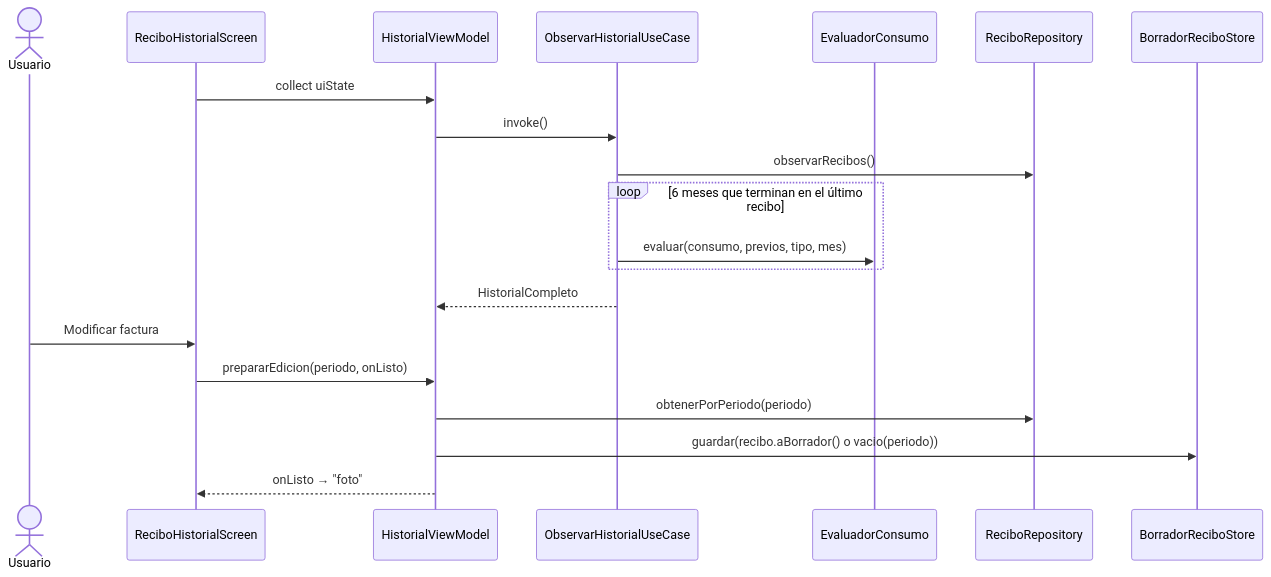
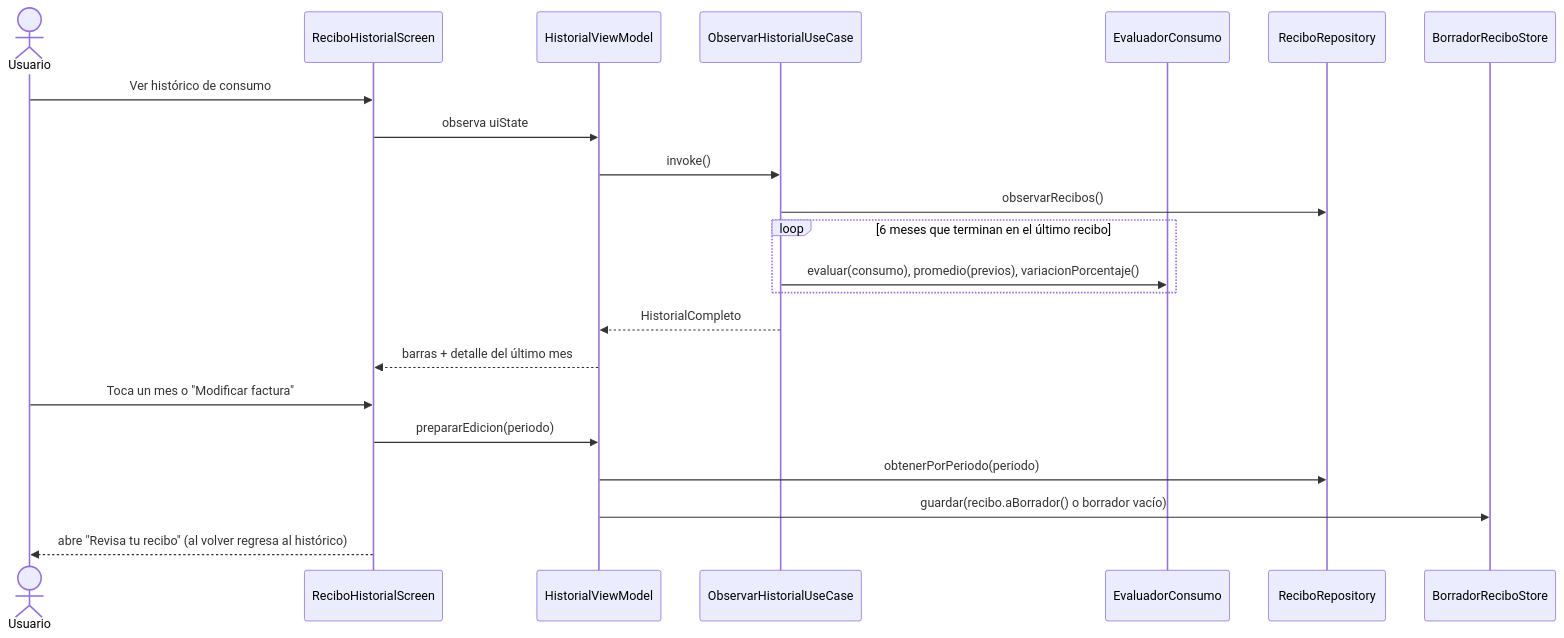
The fifth of 10 diagrams in informacionRecibo.md (IkerASierraR/pruebas_antitodo), drawn with Mermaid before and after one commit. The commit also changed other lines of this file, not shown here.

````diff
--- a/informacionRecibo.md
+++ b/informacionRecibo.md
@@ -441,23 +525,25 @@
 ```mermaid
 sequenceDiagram
     actor U as Usuario
     participant HS as ReciboHistorialScreen
     participant HVM as HistorialViewModel
     participant OH as ObservarHistorialUseCase
     participant EV as EvaluadorConsumo
     participant REP as ReciboRepository
     participant BS as BorradorReciboStore
 
-    HS->>HVM: collect uiState
+    U->>HS: Ver histórico de consumo
+    HS->>HVM: observa uiState
     HVM->>OH: invoke()
     OH->>REP: observarRecibos()
     loop 6 meses que terminan en el último recibo
-        OH->>EV: evaluar(consumo, previos, tipo, mes)
+        OH->>EV: evaluar(consumo), promedio(previos), variacionPorcentaje()
     end
     OH-->>HVM: HistorialCompleto
-    U->>HS: Modificar factura
-    HS->>HVM: prepararEdicion(periodo, onListo)
+    HVM-->>HS: barras + detalle del último mes
+    U->>HS: Toca un mes o "Modificar factura"
+    HS->>HVM: prepararEdicion(periodo)
     HVM->>REP: obtenerPorPeriodo(periodo)
-    HVM->>BS: guardar(recibo.aBorrador() o vacio(periodo))
-    HVM-->>HS: onListo → "foto"
+    HVM->>BS: guardar(recibo.aBorrador() o borrador vacío)
+    HS-->>U: abre "Revisa tu recibo" (al volver regresa al histórico)
 ```
````
